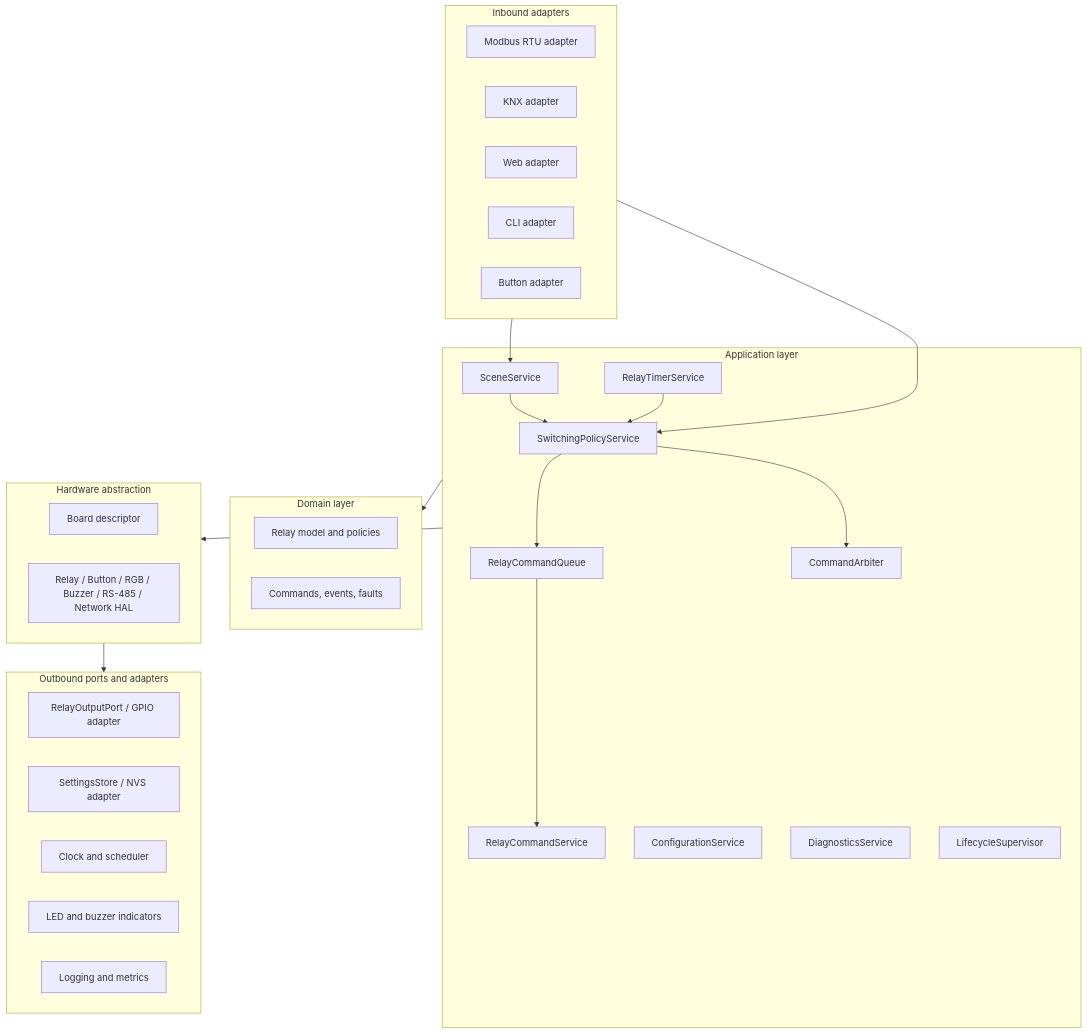
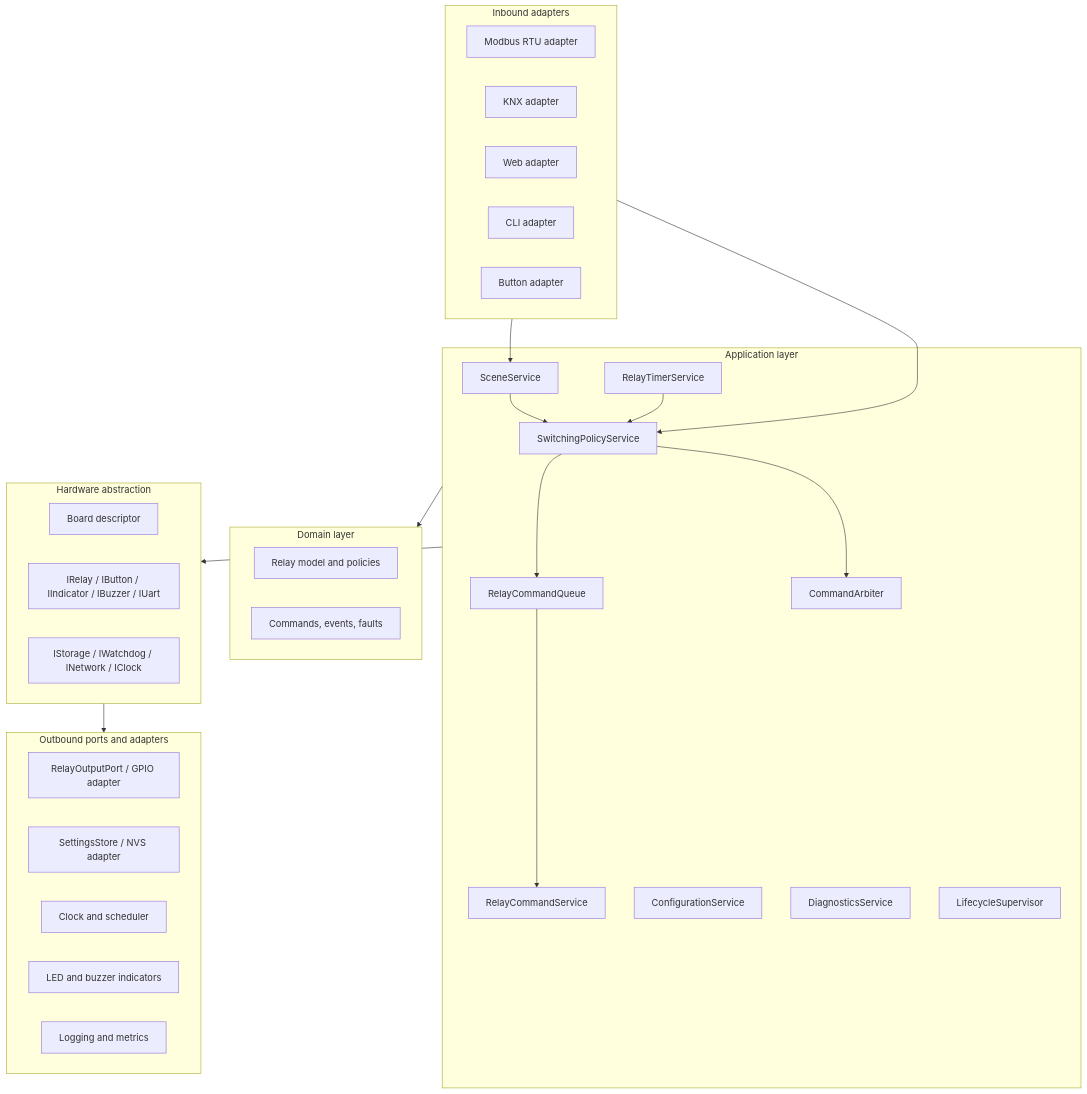
Before and after one commit to betamoojw/Waveshare_ESP32-S3-Relay-6CH: the second of 2 diagrams in docs/architecture/system.md, drawn with Mermaid. The commit also changed other lines of this file and 83 other files, not shown here.

````diff
--- a/docs/architecture/system.md
+++ b/docs/architecture/system.md
@@ -68,51 +68,52 @@
 ```mermaid
 flowchart TB
 		subgraph Inbound[Inbound adapters]
 				MB[Modbus RTU adapter]
 				KNX[KNX adapter]
 				WEB[Web adapter]
 				CLI[CLI adapter]
 				BTN[Button adapter]
 		end
 
 		subgraph Application[Application layer]
 				SP[SwitchingPolicyService]
 				SCENE[SceneService]
 				TIMER[RelayTimerService]
 				QUEUE[RelayCommandQueue]
 				RC[RelayCommandService]
 				ARB[CommandArbiter]
 				CFG[ConfigurationService]
 				DIAG[DiagnosticsService]
 				LIFE[LifecycleSupervisor]
 		end
 
 		subgraph Domain[Domain layer]
 				MODEL[Relay model and policies]
 				EVENTS[Commands, events, faults]
 		end
 
 		subgraph HAL[Hardware abstraction]
 				BOARD[Board descriptor]
-				HW[Relay / Button / RGB / Buzzer / RS-485 / Network HAL]
+				HW[IRelay / IButton / IIndicator / IBuzzer / IUart]
+				SYSTEM[IStorage / IWatchdog / INetwork / IClock]
 		end
 
 		subgraph Outbound[Outbound ports and adapters]
 				RH[RelayOutputPort / GPIO adapter]
 				STORE[SettingsStore / NVS adapter]
 				CLOCK[Clock and scheduler]
 				STATUS[LED and buzzer indicators]
 				LOG[Logging and metrics]
 		end
 
 		Inbound --> SP
 		Inbound --> SCENE
 		SCENE --> SP
 		TIMER --> SP
 		SP --> QUEUE
 		QUEUE --> RC
 		SP --> ARB
 		Application --> Domain
 		Application --> HAL
 		HAL --> Outbound
 ```
````
